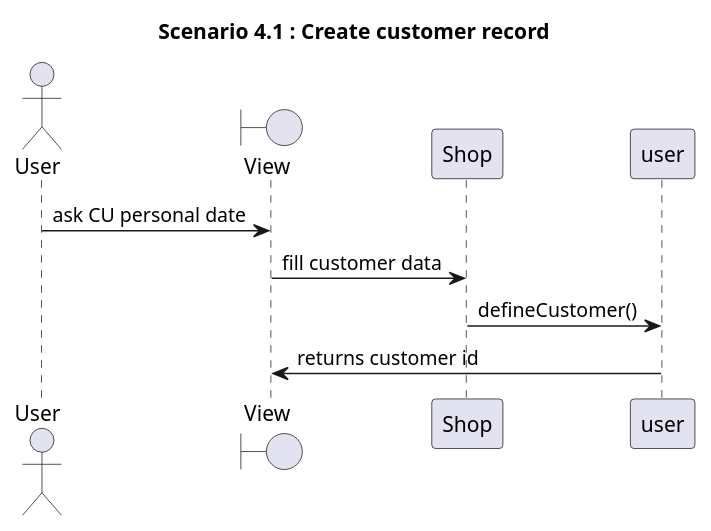
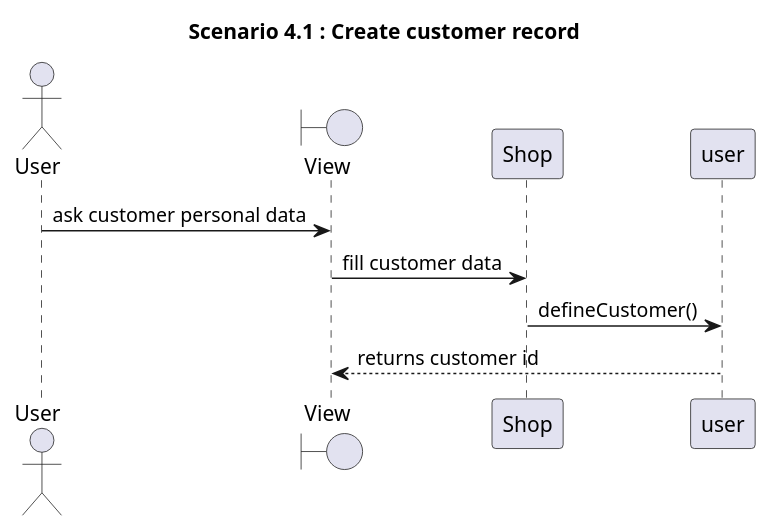
One commit to zitabou/EZShop changed diagram 12 of 29 in Deliverables/DesignDocument.md. Above: the diagram before and after it, drawn with PlantUML. The commit also changed other lines of this file, not shown here.

````diff
--- a/Deliverables/DesignDocument.md
+++ b/Deliverables/DesignDocument.md
@@ -460,14 +460,14 @@
 ```plantuml
 
 title 
 **Scenario 4.1** : Create customer record
 end title
 
 actor User
 Boundary View
-User -> View: ask CU personal date
+User -> View: ask customer personal data
 View -> Shop: fill customer data
 Shop -> user: defineCustomer()
-user -> View: returns customer id
+user --> View: returns customer id
 
 ```
````
